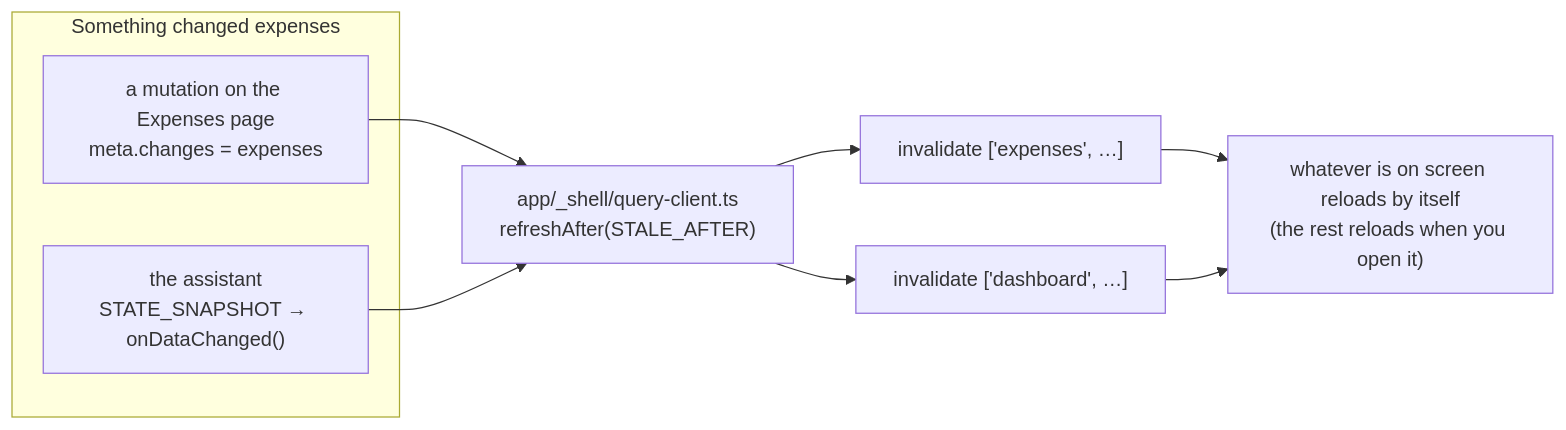
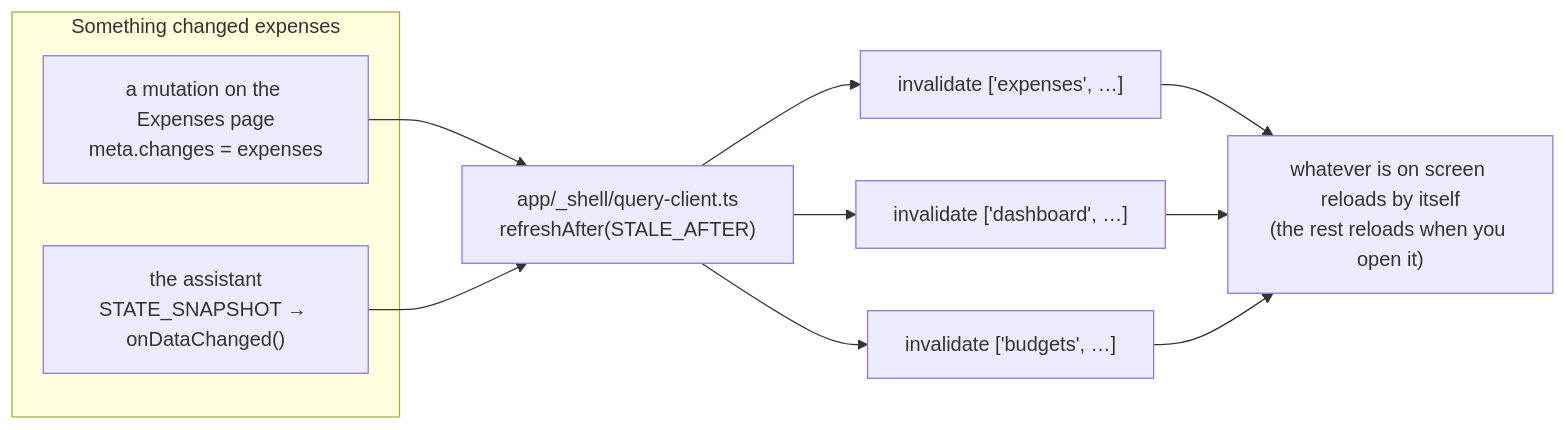
One commit to primecoderIN/trackwise.ai changed the fifth of 6 diagrams in docs/how_spendwise_works.md. Above: the diagram before and after it, drawn with Mermaid. The commit also changed other lines of this file and 203 other files, not shown here.

````diff
--- a/docs/how_spendwise_works.md
+++ b/docs/how_spendwise_works.md
@@ -106,15 +107,17 @@
 ```mermaid
 flowchart LR
     subgraph sources ["Something changed expenses"]
         M1["a mutation on the Expenses page<br/>meta.changes = expenses"]
         M2["the assistant<br/>STATE_SNAPSHOT → onDataChanged()"]
     end
     RULE["app/_shell/query-client.ts<br/>refreshAfter(STALE_AFTER)"]
     K1["invalidate ['expenses', …]"]
     K2["invalidate ['dashboard', …]"]
+    K3["invalidate ['budgets', …]"]
     UI["whatever is on screen reloads by itself<br/>(the rest reloads when you open it)"]
     M1 --> RULE
     M2 --> RULE
     RULE --> K1 --> UI
     RULE --> K2 --> UI
+    RULE --> K3 --> UI
 ```
````
